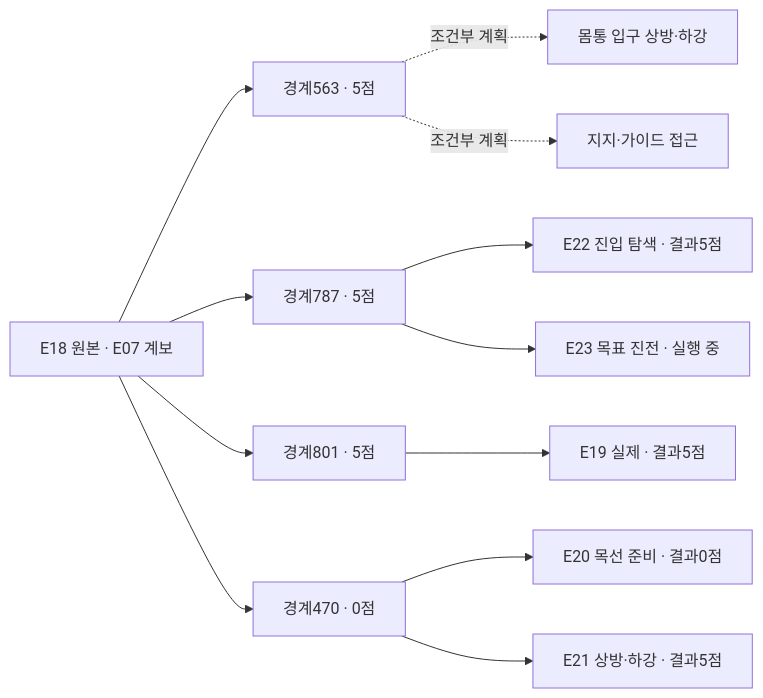
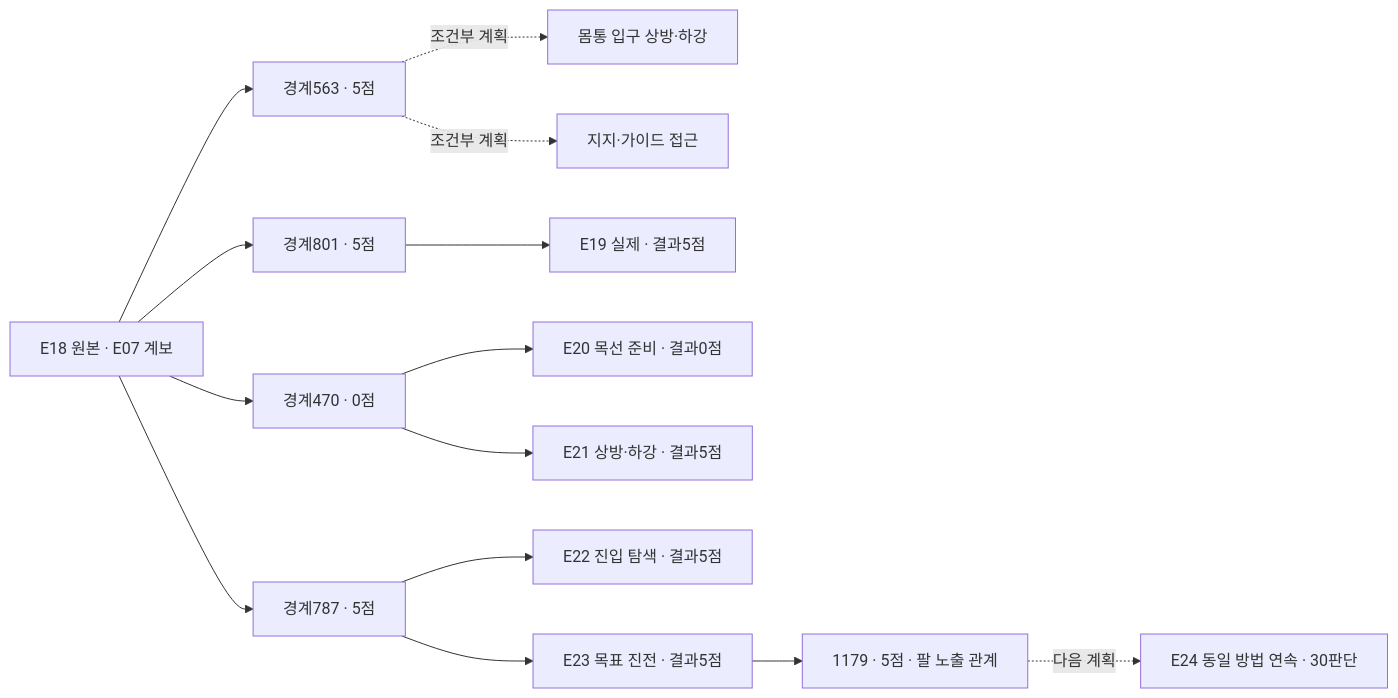
One commit to leonyoon-3dai/PhyRC_2027_phase1 changed the diagram in docs/collection/catalog/README.ko.md. Above: the diagram before and after it, drawn with Mermaid. The commit also changed other lines of this file and 38 other files, not shown here.

````diff
--- a/docs/collection/catalog/README.ko.md
+++ b/docs/collection/catalog/README.ko.md
@@ -25,14 +26,16 @@
 ```mermaid
 flowchart LR
   E18["E18 원본 · E07 계보"] --> P563["경계563 · 5점"]
   E18 --> P787["경계787 · 5점"]
   E18 --> P801["경계801 · 5점"]
   E18 --> P470["경계470 · 0점"]
   P563 -. "조건부 계획" .-> O["몸통 입구 상방·하강"]
   P563 -. "조건부 계획" .-> G["지지·가이드 접근"]
   P801 --> E19["E19 실제 · 결과5점"]
   P470 --> E20["E20 목선 준비 · 결과0점"]
   P470 --> E21["E21 상방·하강 · 결과5점"]
   P787 --> E22["E22 진입 탐색 · 결과5점"]
-  P787 --> E23["E23 목표 진전 · 실행 중"]
+  P787 --> E23["E23 목표 진전 · 결과5점"]
+  E23 --> P1179["1179 · 5점 · 팔 노출 관계"]
+  P1179 -. "다음 계획" .-> E24["E24 동일 방법 연속 · 30판단"]
 ```
````
